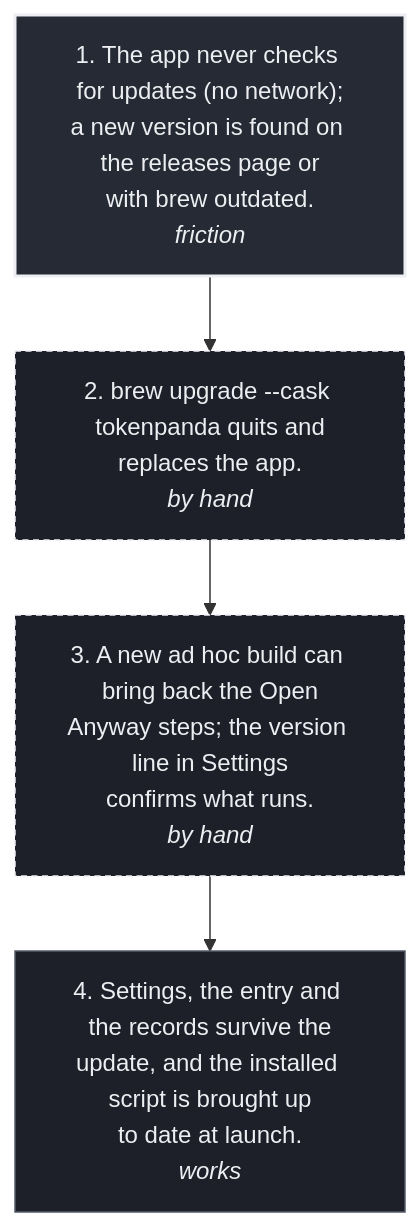
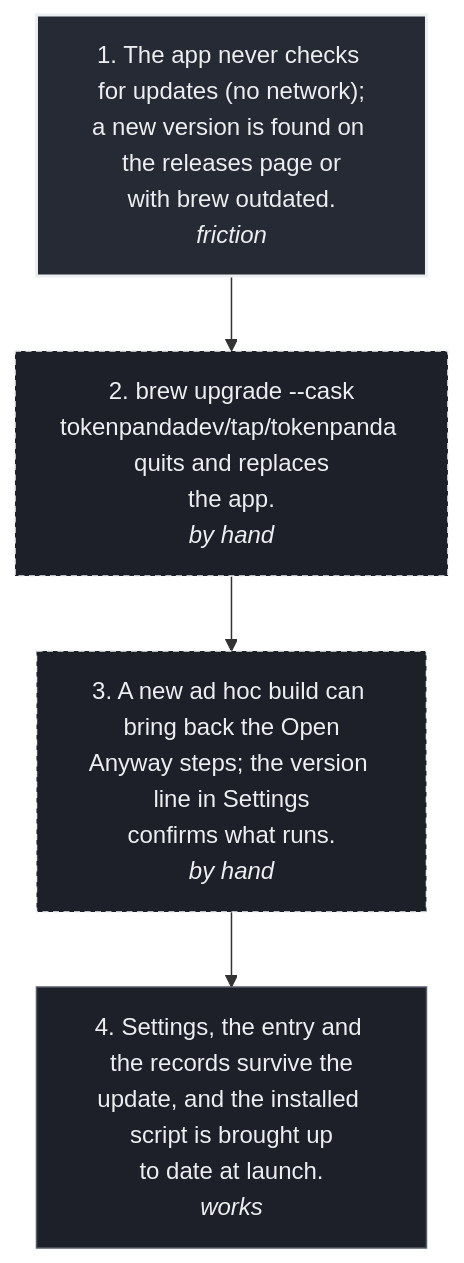
Before and after one commit to tokenpandadev/tokenpanda-app: the diagram in design/wireframes/flows/12-update.mmd, drawn with Mermaid. The commit also changed 63 other files, not shown here.

```diff
--- a/design/wireframes/flows/12-update.mmd
+++ b/design/wireframes/flows/12-update.mmd
@@ -1,12 +1,12 @@
 flowchart TD
   classDef works fill:#1d2029,stroke:#555b68,color:#eceef1;
   classDef friction fill:#262a34,stroke:#eceef1,stroke-width:2px,color:#eceef1;
   classDef broken fill:#1d2029,stroke:#d77757,stroke-width:2px,color:#d77757;
   classDef byhand fill:#1d2029,stroke:#eceef1,stroke-width:1px,stroke-dasharray:4 3,color:#eceef1;
   S1["1. The app never checks for updates (no network);<br/>a new version is found on the releases page or<br/>with brew outdated.<br/><i>friction</i>"]:::friction
-  S2["2. brew upgrade --cask tokenpanda quits and<br/>replaces the app.<br/><i>by hand</i>"]:::byhand
+  S2["2. brew upgrade --cask<br/>tokenpandadev/tap/tokenpanda quits and replaces<br/>the app.<br/><i>by hand</i>"]:::byhand
   S3["3. A new ad hoc build can bring back the Open<br/>Anyway steps; the version line in Settings<br/>confirms what runs.<br/><i>by hand</i>"]:::byhand
   S4["4. Settings, the entry and the records survive the<br/>update, and the installed script is brought up<br/>to date at launch.<br/><i>works</i>"]:::works
   S1 --> S2
   S2 --> S3
   S3 --> S4
```
